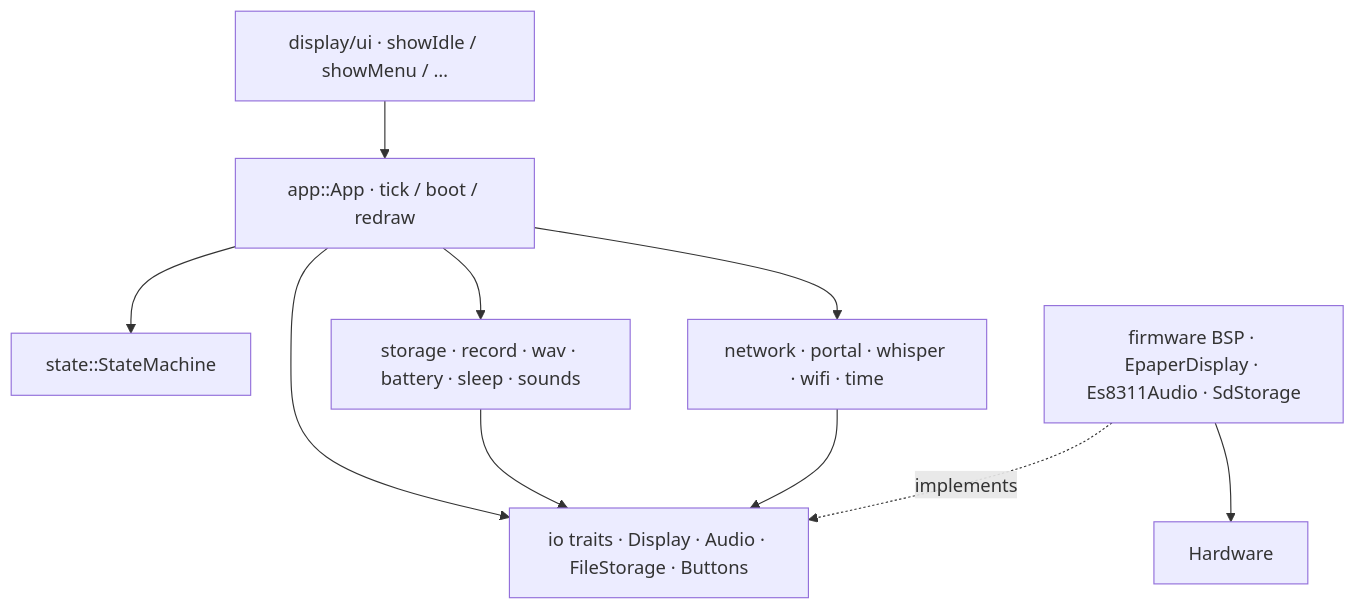
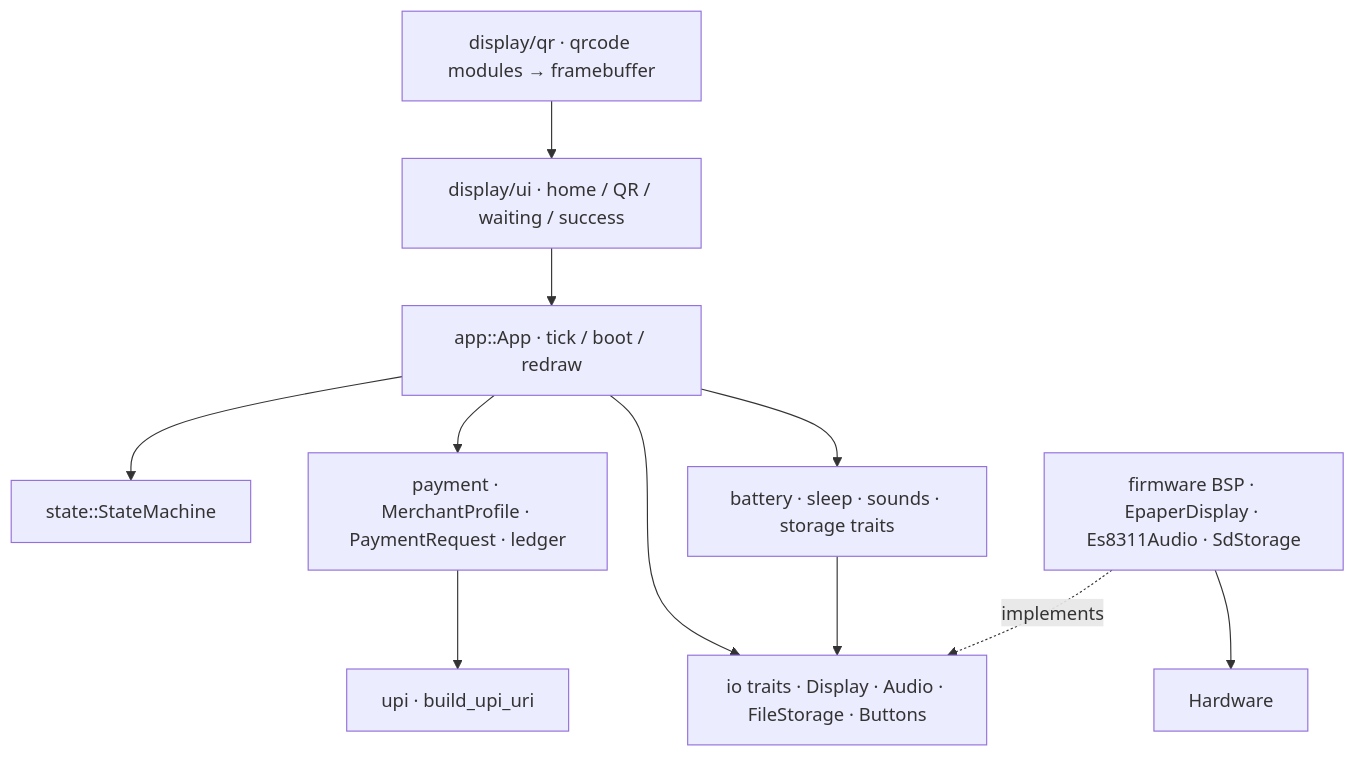
Before and after one commit to akashsoni01/zoop: the second of 5 diagrams in docs/architecture.md, drawn with Mermaid. The commit also changed other lines of this file and 28 other files, not shown here.

````diff
--- a/docs/architecture.md
+++ b/docs/architecture.md
@@ -48,21 +52,24 @@
 ```mermaid
 flowchart TB
-  UI["display/ui · showIdle / showMenu / …"]
+  UI["display/ui · home / QR / waiting / success"]
+  QR["display/qr · qrcode modules → framebuffer"]
   APP["app::App · tick / boot / redraw"]
   SM["state::StateMachine"]
-  DOMAIN["storage · record · wav · battery · sleep · sounds"]
-  NET["network · portal · whisper · wifi · time"]
+  PAY["payment · MerchantProfile · PaymentRequest · ledger"]
+  UPI["upi · build_upi_uri"]
+  DOMAIN["battery · sleep · sounds · storage traits"]
   IO["io traits · Display · Audio · FileStorage · Buttons"]
   BSP["firmware BSP · EpaperDisplay · Es8311Audio · SdStorage"]
   HW["Hardware"]
 
   UI --> APP
+  QR --> UI
   APP --> SM
+  APP --> PAY
+  PAY --> UPI
   APP --> DOMAIN
-  APP --> NET
   APP --> IO
   DOMAIN --> IO
-  NET --> IO
   BSP -.->|implements| IO
   BSP --> HW
 ```
````
